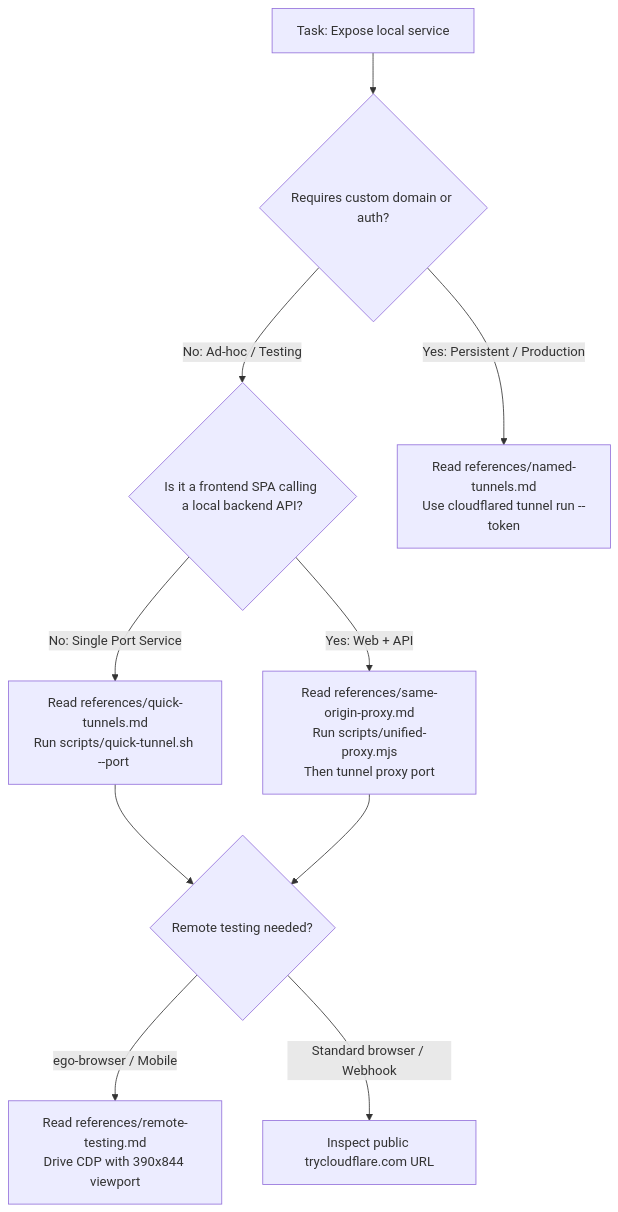
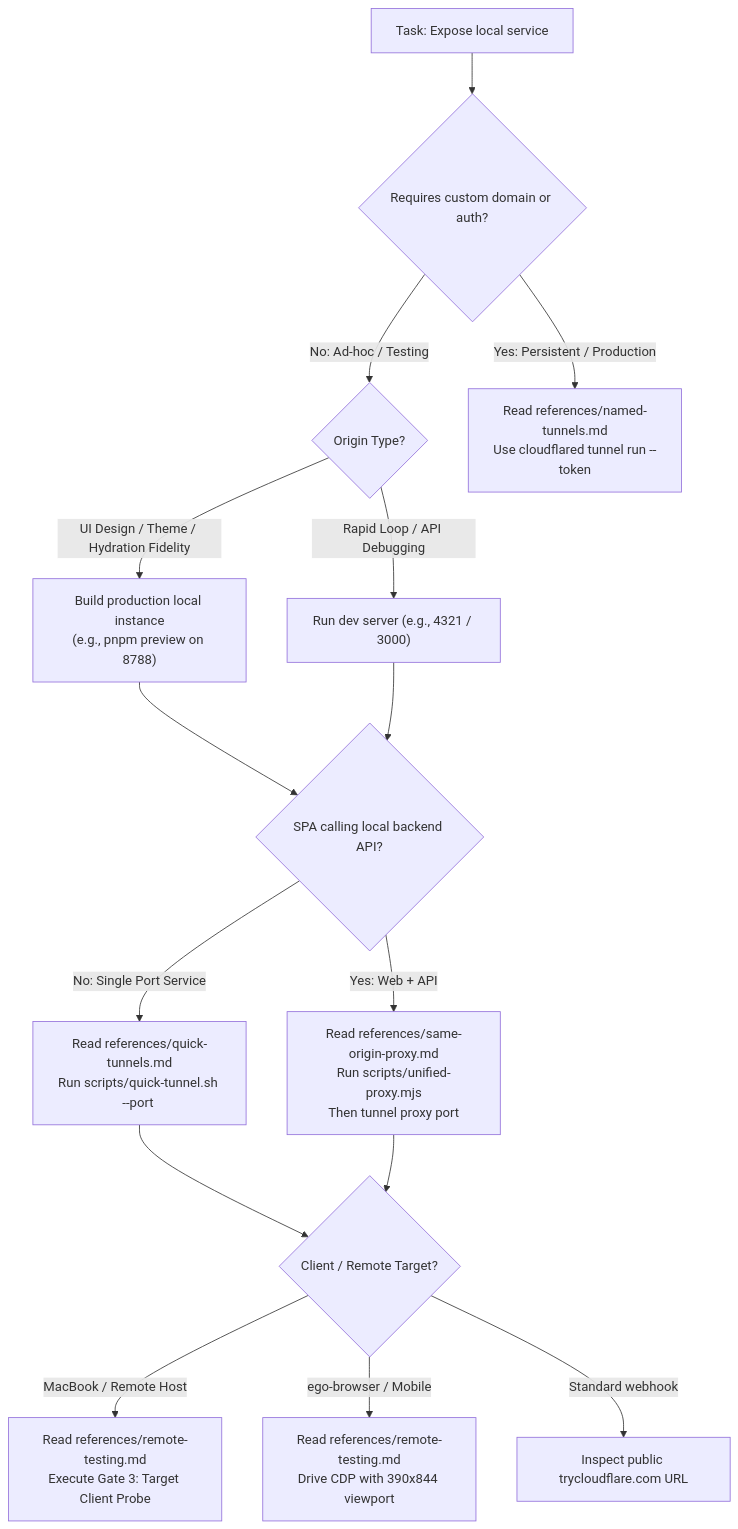
One commit to yigitkonur/skills-by-yigitkonur changed the diagram in skills/use-cloudflare-tunnel/SKILL.md. Above: the diagram before and after it, drawn with Mermaid. The commit also changed other lines of this file and 33 other files, not shown here.

````diff
--- a/skills/use-cloudflare-tunnel/SKILL.md
+++ b/skills/use-cloudflare-tunnel/SKILL.md
@@ -24,21 +45,30 @@
 ```mermaid
 flowchart TD
     Start["Task: Expose local service"] --> NeedAuth{"Requires custom domain or auth?"}
     
-    NeedAuth -->|No: Ad-hoc / Testing| IsFullStack{"Is it a frontend SPA calling a local backend API?"}
+    NeedAuth -->|No: Ad-hoc / Testing| TargetOrigin{"Origin Type?"}
     NeedAuth -->|Yes: Persistent / Production| NamedTunnel["Read references/named-tunnels.md
 Use cloudflared tunnel run --token"]
     
+    TargetOrigin -->|UI Design / Theme / Hydration Fidelity| BuiltInstance["Build production local instance
+(e.g., pnpm preview on 8788)"]
+    TargetOrigin -->|Rapid Loop / API Debugging| DevInstance["Run dev server (e.g., 4321 / 3000)"]
+
+    BuiltInstance --> IsFullStack{"SPA calling local backend API?"}
+    DevInstance --> IsFullStack
+
     IsFullStack -->|Yes: Web + API| Unified["Read references/same-origin-proxy.md
 Run scripts/unified-proxy.mjs
 Then tunnel proxy port"]
     IsFullStack -->|No: Single Port Service| QuickTunnel["Read references/quick-tunnels.md
 Run scripts/quick-tunnel.sh --port <P>"]
 
-    QuickTunnel --> Verify{"Remote testing needed?"}
-    Unified --> Verify
+    QuickTunnel --> VerifyTarget{"Client / Remote Target?"}
+    Unified --> VerifyTarget
     
-    Verify -->|ego-browser / Mobile| Remote["Read references/remote-testing.md
+    VerifyTarget -->|MacBook / Remote Host| TargetProbe["Read references/remote-testing.md
+Execute Gate 3: Target Client Probe"]
+    VerifyTarget -->|ego-browser / Mobile| Remote["Read references/remote-testing.md
 Drive CDP with 390x844 viewport"]
-    Verify -->|Standard browser / Webhook| Done["Inspect public trycloudflare.com URL"]
+    VerifyTarget -->|Standard webhook| Done["Inspect public trycloudflare.com URL"]
 ```
````
